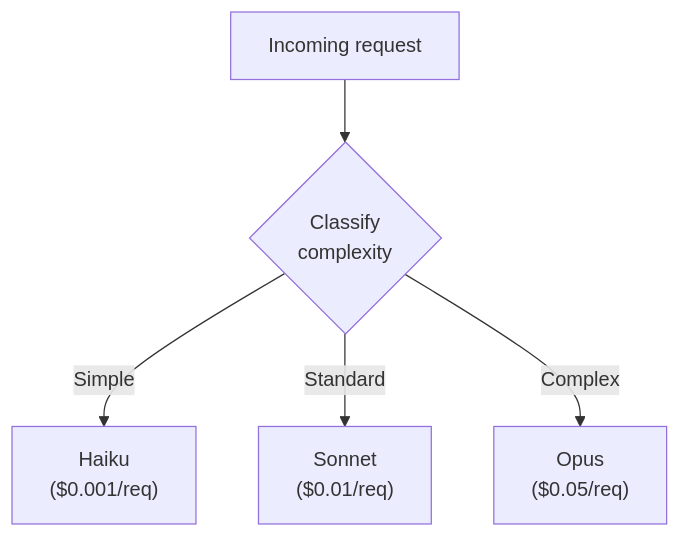
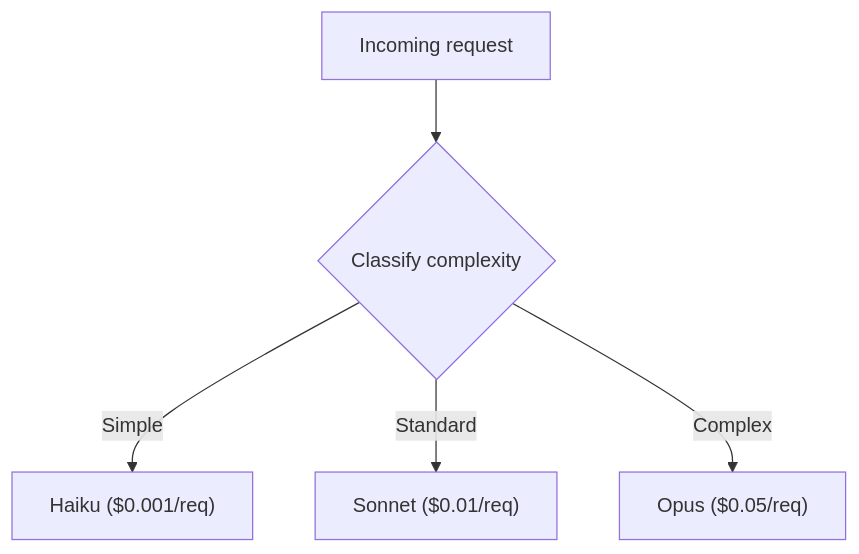
The second of 3 diagrams in module-18-observability-monitoring.md (mjac-yue/ai-architecture-for-pms), drawn with Mermaid before and after one commit. The commit also changed other lines of this file and 15 other files, not shown here.

First line of the commit message:
Remove HTML tags from Mermaid node labels for Obsidian compatibility

````diff
--- a/module-18-observability-monitoring.md
+++ b/module-18-observability-monitoring.md
@@ -139,7 +139,7 @@
 ```mermaid
 flowchart TD
-    R["Incoming request"] --> C{"Classify<br>complexity"}
-    C -- "Simple" --> H["Haiku<br>($0.001/req)"]
-    C -- "Standard" --> S["Sonnet<br>($0.01/req)"]
-    C -- "Complex" --> O["Opus<br>($0.05/req)"]
+    R["Incoming request"] --> C{"Classify complexity"}
+    C -- "Simple" --> H["Haiku ($0.001/req)"]
+    C -- "Standard" --> S["Sonnet ($0.01/req)"]
+    C -- "Complex" --> O["Opus ($0.05/req)"]
 ```
````
